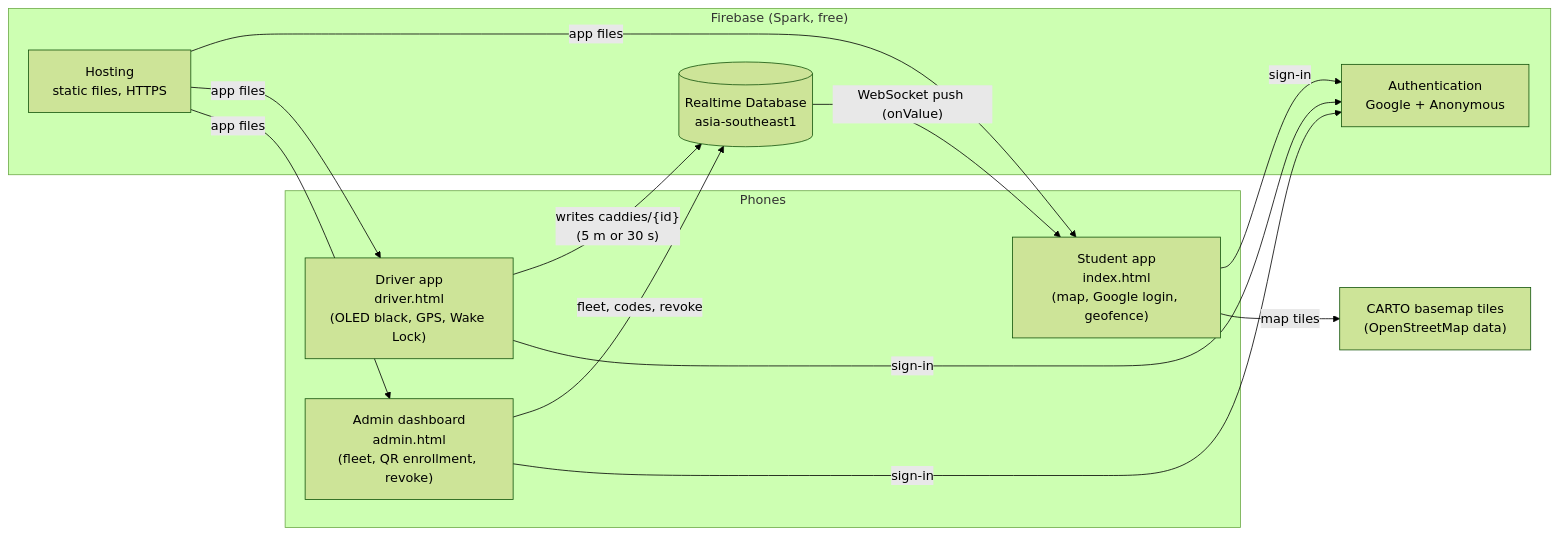
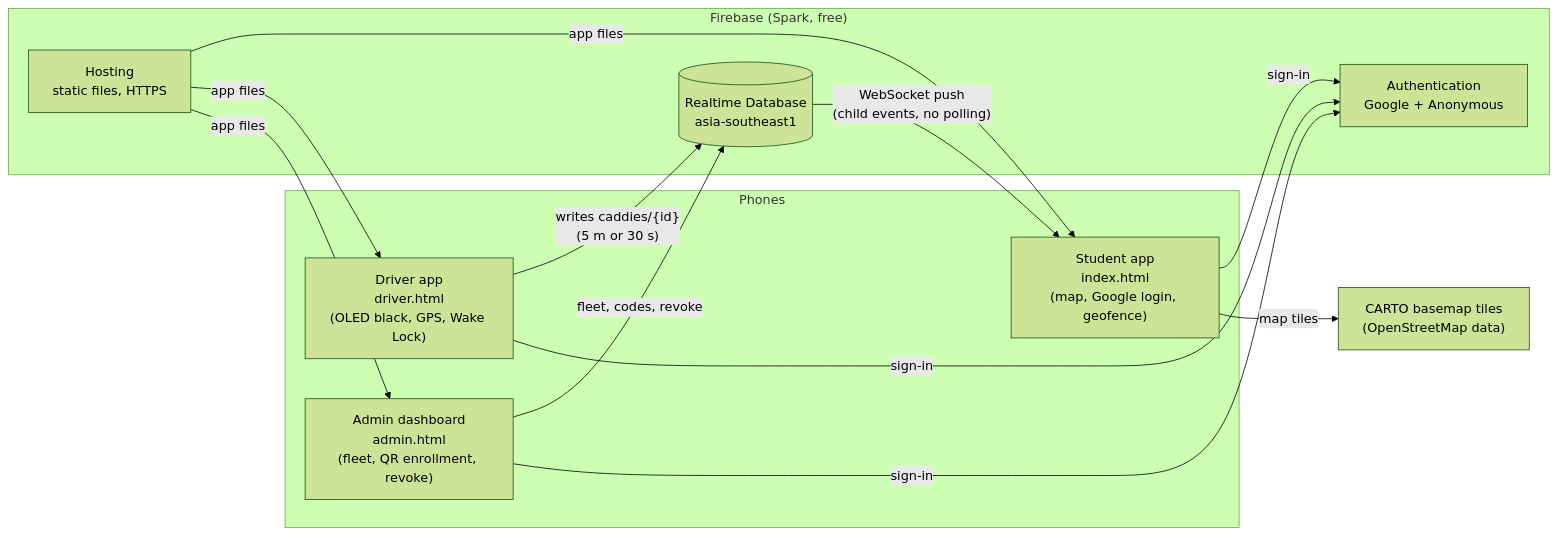
The first of 2 diagrams in docs/ARCHITECTURE.md (AbeerMiglani/SNU-Caddy), drawn with Mermaid (forest theme) before and after one commit. The commit also changed other lines of this file and 25 other files, not shown here.

````diff
--- a/docs/ARCHITECTURE.md
+++ b/docs/ARCHITECTURE.md
@@ -17,21 +19,21 @@
 ```mermaid
 flowchart LR
   subgraph Phones
     S["Student app<br/>index.html<br/>(map, Google login, geofence)"]
     D["Driver app<br/>driver.html<br/>(OLED black, GPS, Wake Lock)"]
     A["Admin dashboard<br/>admin.html<br/>(fleet, QR enrollment, revoke)"]
   end
   subgraph Firebase["Firebase (Spark, free)"]
     AU["Authentication<br/>Google + Anonymous"]
     DB[("Realtime Database<br/>asia-southeast1")]
     H["Hosting<br/>static files, HTTPS"]
   end
   T["CARTO basemap tiles<br/>(OpenStreetMap data)"]
 
   D -- "writes caddies/{id}<br/>(5 m or 30 s)" --> DB
-  DB -- "WebSocket push (onValue)" --> S
+  DB -- "WebSocket push<br/>(child events, no polling)" --> S
   A -- "fleet, codes, revoke" --> DB
   S & D & A -- "sign-in" --> AU
   S -- "map tiles" --> T
   H -- "app files" --> S & D & A
 ```
````
